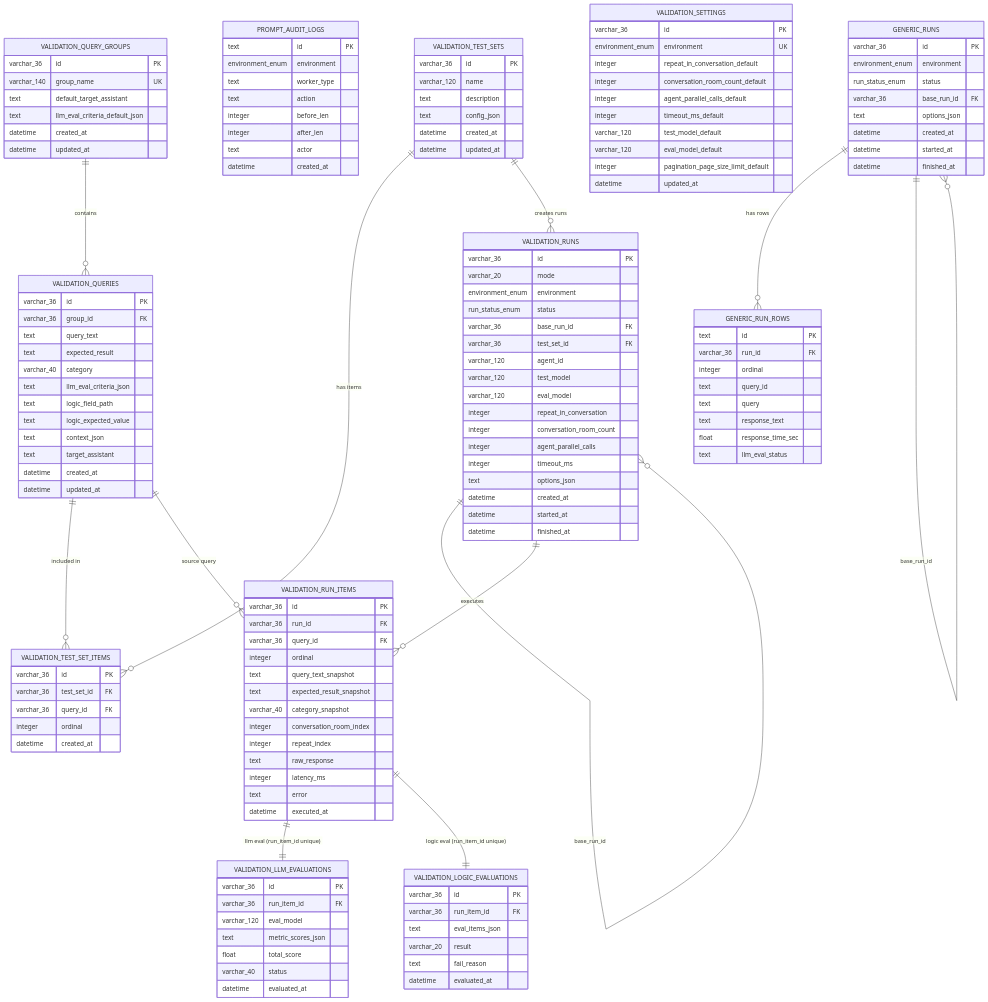
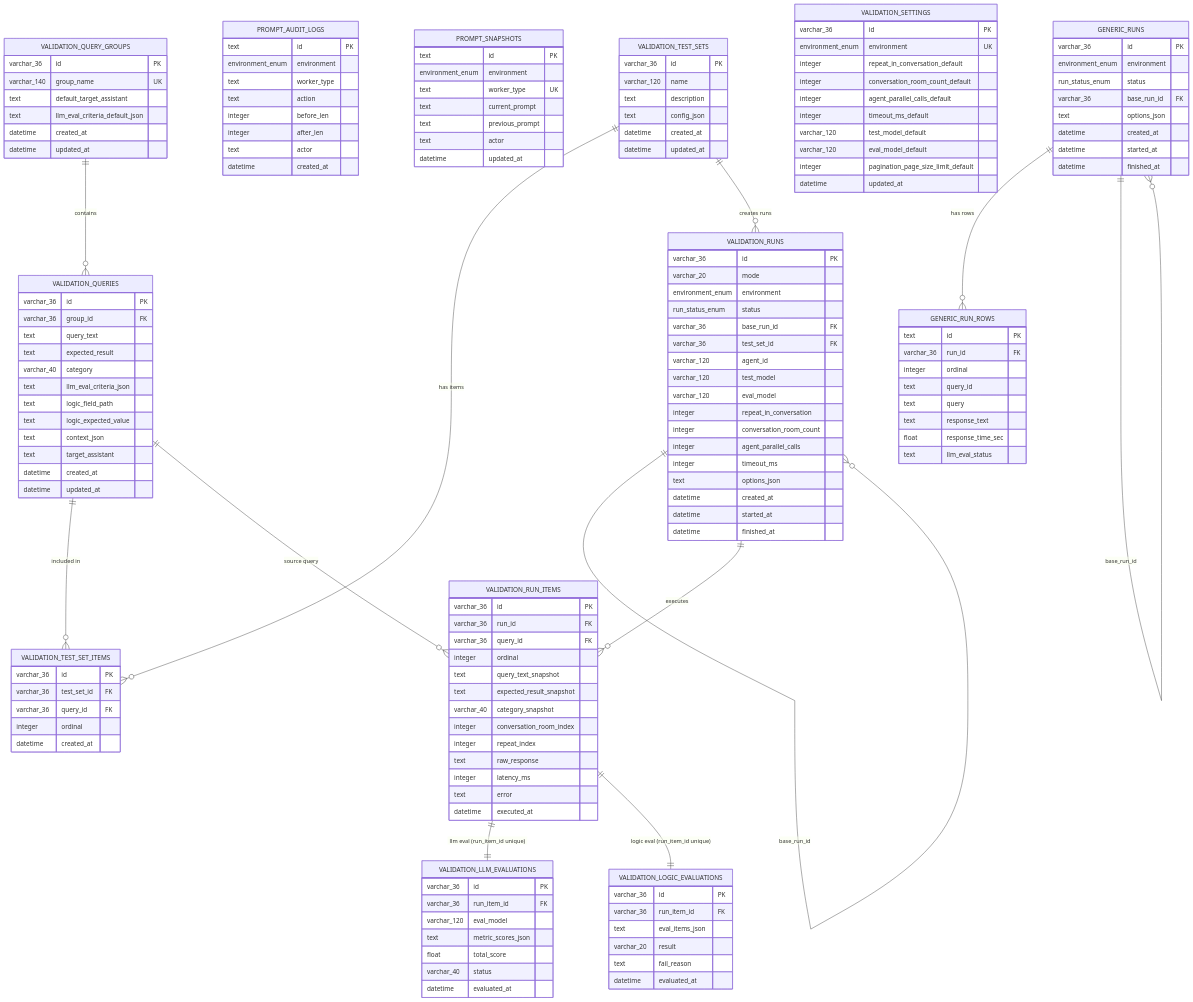
The diagram in agent_qa_dev/docs/architecture/data/relations.mmd (ago0528/ats), drawn with Mermaid before and after one commit. The commit also changed 10 other files, not shown here.

Commit message:
feat: support ATS current prompt with DB previous snapshot

```diff
--- a/agent_qa_dev/docs/architecture/data/relations.mmd
+++ b/agent_qa_dev/docs/architecture/data/relations.mmd
@@ -1,159 +1,169 @@
 erDiagram
   GENERIC_RUNS {
     varchar_36 id PK
     environment_enum environment
     run_status_enum status
     varchar_36 base_run_id FK
     text options_json
     datetime created_at
     datetime started_at
     datetime finished_at
   }
 
   GENERIC_RUN_ROWS {
     text id PK
     varchar_36 run_id FK
     integer ordinal
     text query_id
     text query
     text response_text
     float response_time_sec
     text llm_eval_status
   }
 
   PROMPT_AUDIT_LOGS {
     text id PK
     environment_enum environment
     text worker_type
     text action
     integer before_len
     integer after_len
     text actor
     datetime created_at
+  }
+
+  PROMPT_SNAPSHOTS {
+    text id PK
+    environment_enum environment
+    text worker_type UK
+    text current_prompt
+    text previous_prompt
+    text actor
+    datetime updated_at
   }
 
   VALIDATION_QUERY_GROUPS {
     varchar_36 id PK
     varchar_140 group_name UK
     text default_target_assistant
     text llm_eval_criteria_default_json
     datetime created_at
     datetime updated_at
   }
 
   VALIDATION_QUERIES {
     varchar_36 id PK
     varchar_36 group_id FK
     text query_text
     text expected_result
     varchar_40 category
     text llm_eval_criteria_json
     text logic_field_path
     text logic_expected_value
     text context_json
     text target_assistant
     datetime created_at
     datetime updated_at
   }
 
   VALIDATION_SETTINGS {
     varchar_36 id PK
     environment_enum environment UK
     integer repeat_in_conversation_default
     integer conversation_room_count_default
     integer agent_parallel_calls_default
     integer timeout_ms_default
     varchar_120 test_model_default
     varchar_120 eval_model_default
     integer pagination_page_size_limit_default
     datetime updated_at
   }
 
   VALIDATION_TEST_SETS {
     varchar_36 id PK
     varchar_120 name
     text description
     text config_json
     datetime created_at
     datetime updated_at
   }
 
   VALIDATION_TEST_SET_ITEMS {
     varchar_36 id PK
     varchar_36 test_set_id FK
     varchar_36 query_id FK
     integer ordinal
     datetime created_at
   }
 
   VALIDATION_RUNS {
     varchar_36 id PK
     varchar_20 mode
     environment_enum environment
     run_status_enum status
     varchar_36 base_run_id FK
     varchar_36 test_set_id FK
     varchar_120 agent_id
     varchar_120 test_model
     varchar_120 eval_model
     integer repeat_in_conversation
     integer conversation_room_count
     integer agent_parallel_calls
     integer timeout_ms
     text options_json
     datetime created_at
     datetime started_at
     datetime finished_at
   }
 
   VALIDATION_RUN_ITEMS {
     varchar_36 id PK
     varchar_36 run_id FK
     varchar_36 query_id FK
     integer ordinal
     text query_text_snapshot
     text expected_result_snapshot
     varchar_40 category_snapshot
     integer conversation_room_index
     integer repeat_index
     text raw_response
     integer latency_ms
     text error
     datetime executed_at
   }
 
   VALIDATION_LLM_EVALUATIONS {
     varchar_36 id PK
     varchar_36 run_item_id FK
     varchar_120 eval_model
     text metric_scores_json
     float total_score
     varchar_40 status
     datetime evaluated_at
   }
 
   VALIDATION_LOGIC_EVALUATIONS {
     varchar_36 id PK
     varchar_36 run_item_id FK
     text eval_items_json
     varchar_20 result
     text fail_reason
     datetime evaluated_at
   }
 
   GENERIC_RUNS ||--o{ GENERIC_RUN_ROWS : "has rows"
   GENERIC_RUNS ||--o{ GENERIC_RUNS : "base_run_id"
 
   VALIDATION_QUERY_GROUPS ||--o{ VALIDATION_QUERIES : "contains"
 
   VALIDATION_TEST_SETS ||--o{ VALIDATION_TEST_SET_ITEMS : "has items"
   VALIDATION_QUERIES ||--o{ VALIDATION_TEST_SET_ITEMS : "included in"
 
   VALIDATION_TEST_SETS ||--o{ VALIDATION_RUNS : "creates runs"
   VALIDATION_RUNS ||--o{ VALIDATION_RUNS : "base_run_id"
 
   VALIDATION_RUNS ||--o{ VALIDATION_RUN_ITEMS : "executes"
   VALIDATION_QUERIES ||--o{ VALIDATION_RUN_ITEMS : "source query"
 
   VALIDATION_RUN_ITEMS ||--|| VALIDATION_LLM_EVALUATIONS : "llm eval (run_item_id unique)"
   VALIDATION_RUN_ITEMS ||--|| VALIDATION_LOGIC_EVALUATIONS : "logic eval (run_item_id unique)"
```
